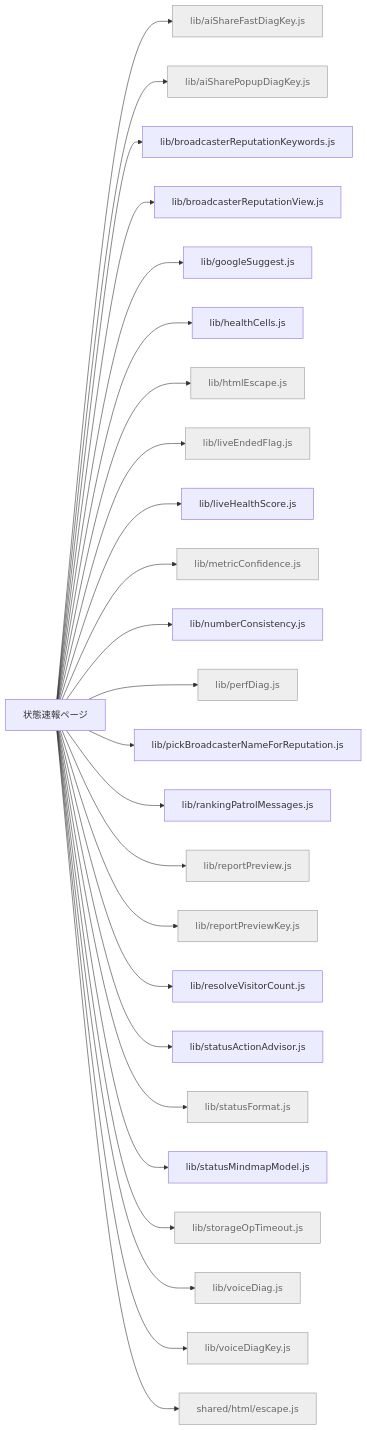
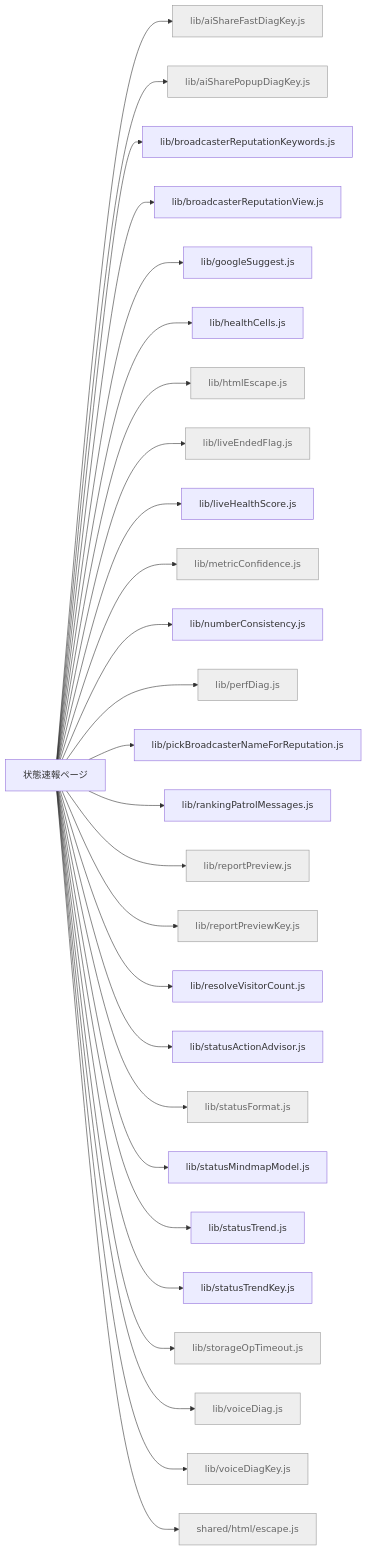
Before and after one commit to kimito-link/tsuioku-no-kirameki.com: the diagram in docs/feature-map/status.md, drawn with Mermaid. The commit also changed other lines of this file and 23 other files, not shown here.

````diff
--- a/docs/feature-map/status.md
+++ b/docs/feature-map/status.md
@@ -13,29 +13,31 @@
 ```mermaid
 graph LR
   n_status["状態速報ページ"]
   n_status --> n_src_lib_aiShareFastDiagKey_js["lib/aiShareFastDiagKey.js"]:::shared
   n_status --> n_src_lib_aiSharePopupDiagKey_js["lib/aiSharePopupDiagKey.js"]:::shared
   n_status --> n_src_lib_broadcasterReputationKeywords_js["lib/broadcasterReputationKeywords.js"]
   n_status --> n_src_lib_broadcasterReputationView_js["lib/broadcasterReputationView.js"]
   n_status --> n_src_lib_googleSuggest_js["lib/googleSuggest.js"]
   n_status --> n_src_lib_healthCells_js["lib/healthCells.js"]
   n_status --> n_src_lib_htmlEscape_js["lib/htmlEscape.js"]:::shared
   n_status --> n_src_lib_liveEndedFlag_js["lib/liveEndedFlag.js"]:::shared
   n_status --> n_src_lib_liveHealthScore_js["lib/liveHealthScore.js"]
   n_status --> n_src_lib_metricConfidence_js["lib/metricConfidence.js"]:::shared
   n_status --> n_src_lib_numberConsistency_js["lib/numberConsistency.js"]
   n_status --> n_src_lib_perfDiag_js["lib/perfDiag.js"]:::shared
   n_status --> n_src_lib_pickBroadcasterNameForReputation_js["lib/pickBroadcasterNameForReputation.js"]
   n_status --> n_src_lib_rankingPatrolMessages_js["lib/rankingPatrolMessages.js"]
   n_status --> n_src_lib_reportPreview_js["lib/reportPreview.js"]:::shared
   n_status --> n_src_lib_reportPreviewKey_js["lib/reportPreviewKey.js"]:::shared
   n_status --> n_src_lib_resolveVisitorCount_js["lib/resolveVisitorCount.js"]
   n_status --> n_src_lib_statusActionAdvisor_js["lib/statusActionAdvisor.js"]
   n_status --> n_src_lib_statusFormat_js["lib/statusFormat.js"]:::shared
   n_status --> n_src_lib_statusMindmapModel_js["lib/statusMindmapModel.js"]
+  n_status --> n_src_lib_statusTrend_js["lib/statusTrend.js"]
+  n_status --> n_src_lib_statusTrendKey_js["lib/statusTrendKey.js"]
   n_status --> n_src_lib_storageOpTimeout_js["lib/storageOpTimeout.js"]:::shared
   n_status --> n_src_lib_voiceDiag_js["lib/voiceDiag.js"]:::shared
   n_status --> n_src_lib_voiceDiagKey_js["lib/voiceDiagKey.js"]:::shared
   n_status --> n_src_shared_html_escape_js["shared/html/escape.js"]:::shared
   classDef shared fill:#eee,stroke:#999,color:#666;
 ```
````
